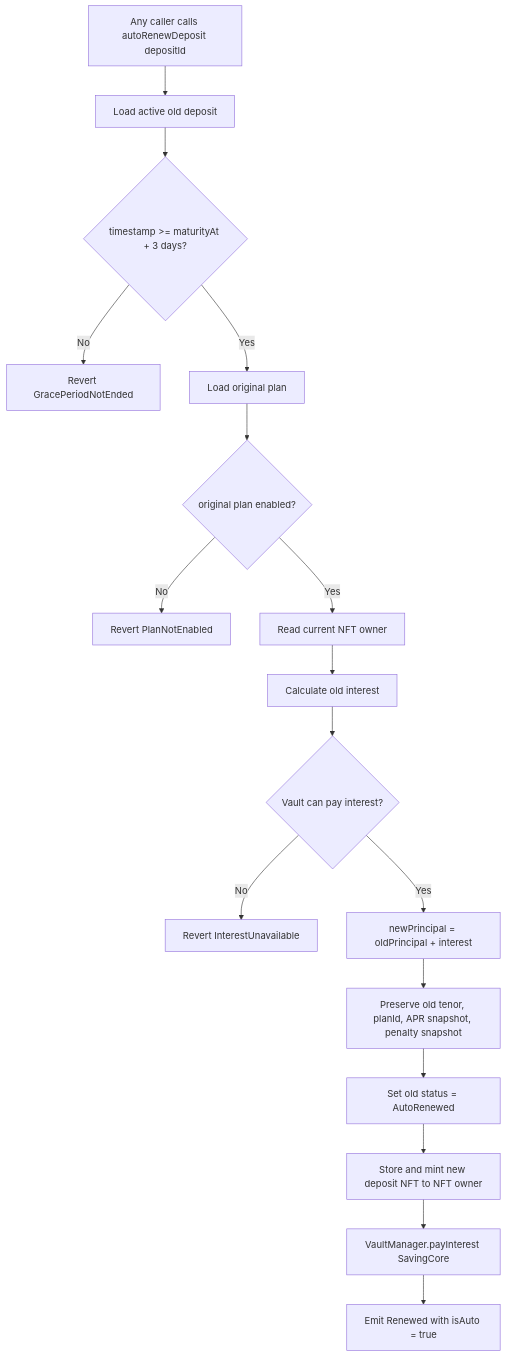
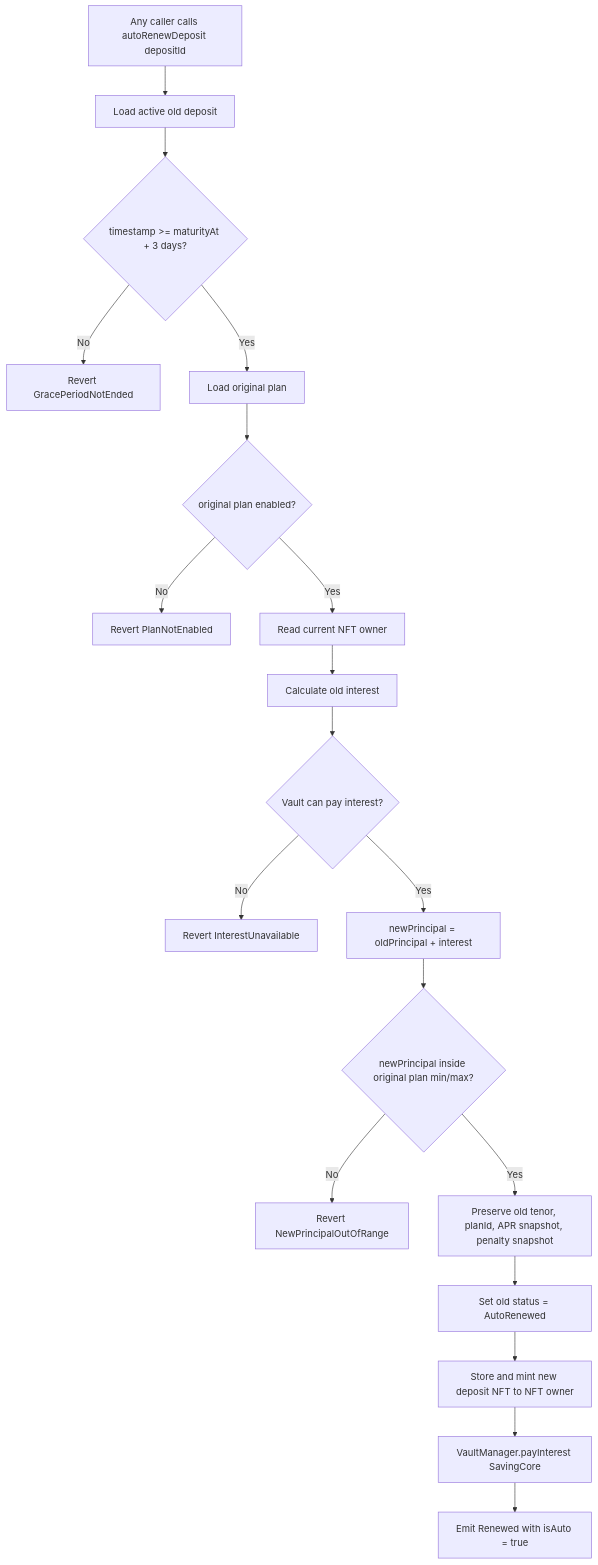
One commit to DarqPL/DefiBanking-AC changed diagram 11 of 17 in docs/USECASE_WORKFLOWS.md. Above: the diagram before and after it, drawn with Mermaid. The commit also changed other lines of this file and 10 other files, not shown here.

Commit message:
feat: implement withdraw interest and renew principal functionality with plan limit checks; update documentation and tests

````diff
--- a/docs/USECASE_WORKFLOWS.md
+++ b/docs/USECASE_WORKFLOWS.md
@@ -268,19 +299,21 @@
 ```mermaid
 flowchart TD
     A[Any caller calls autoRenewDeposit depositId] --> B[Load active old deposit]
     B --> C{timestamp >= maturityAt + 3 days?}
     C -->|No| C1[Revert GracePeriodNotEnded]
     C -->|Yes| D[Load original plan]
     D --> E{original plan enabled?}
     E -->|No| E1[Revert PlanNotEnabled]
     E -->|Yes| F[Read current NFT owner]
     F --> G[Calculate old interest]
     G --> H{Vault can pay interest?}
     H -->|No| H1[Revert InterestUnavailable]
     H -->|Yes| I[newPrincipal = oldPrincipal + interest]
-    I --> J[Preserve old tenor, planId, APR snapshot, penalty snapshot]
-    J --> K[Set old status = AutoRenewed]
-    K --> L[Store and mint new deposit NFT to NFT owner]
-    L --> M[VaultManager.payInterest SavingCore]
-    M --> N[Emit Renewed with isAuto = true]
+    I --> J{newPrincipal inside original plan min/max?}
+    J -->|No| J1[Revert NewPrincipalOutOfRange]
+    J -->|Yes| K[Preserve old tenor, planId, APR snapshot, penalty snapshot]
+    K --> L[Set old status = AutoRenewed]
+    L --> M[Store and mint new deposit NFT to NFT owner]
+    M --> N[VaultManager.payInterest SavingCore]
+    N --> O[Emit Renewed with isAuto = true]
 ```
````
